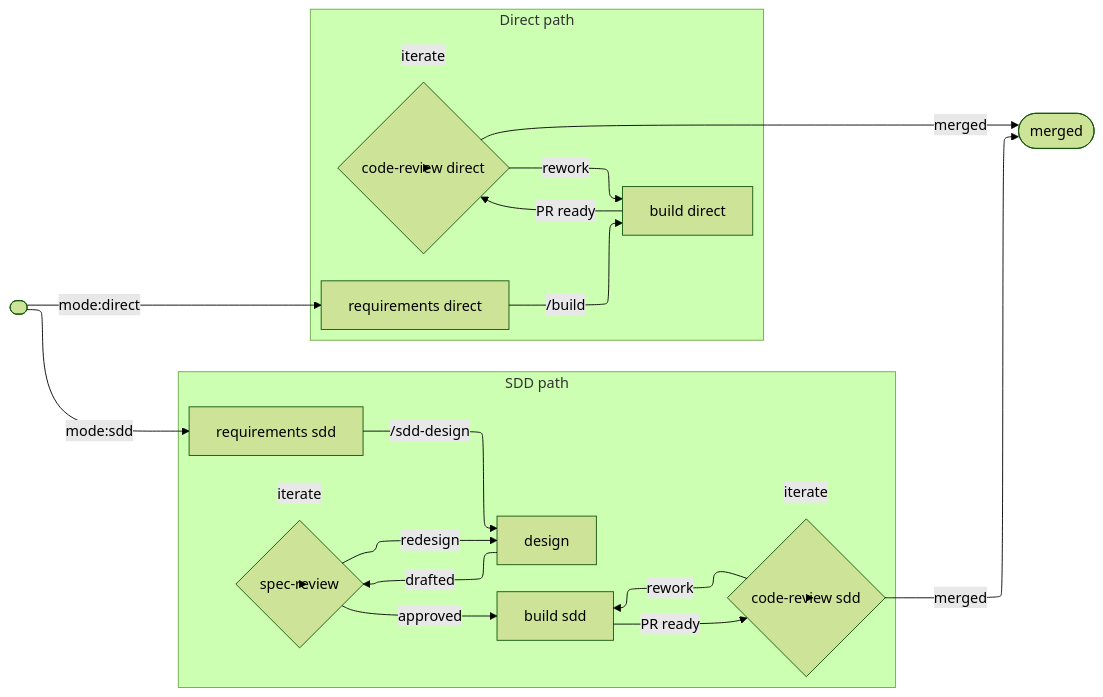
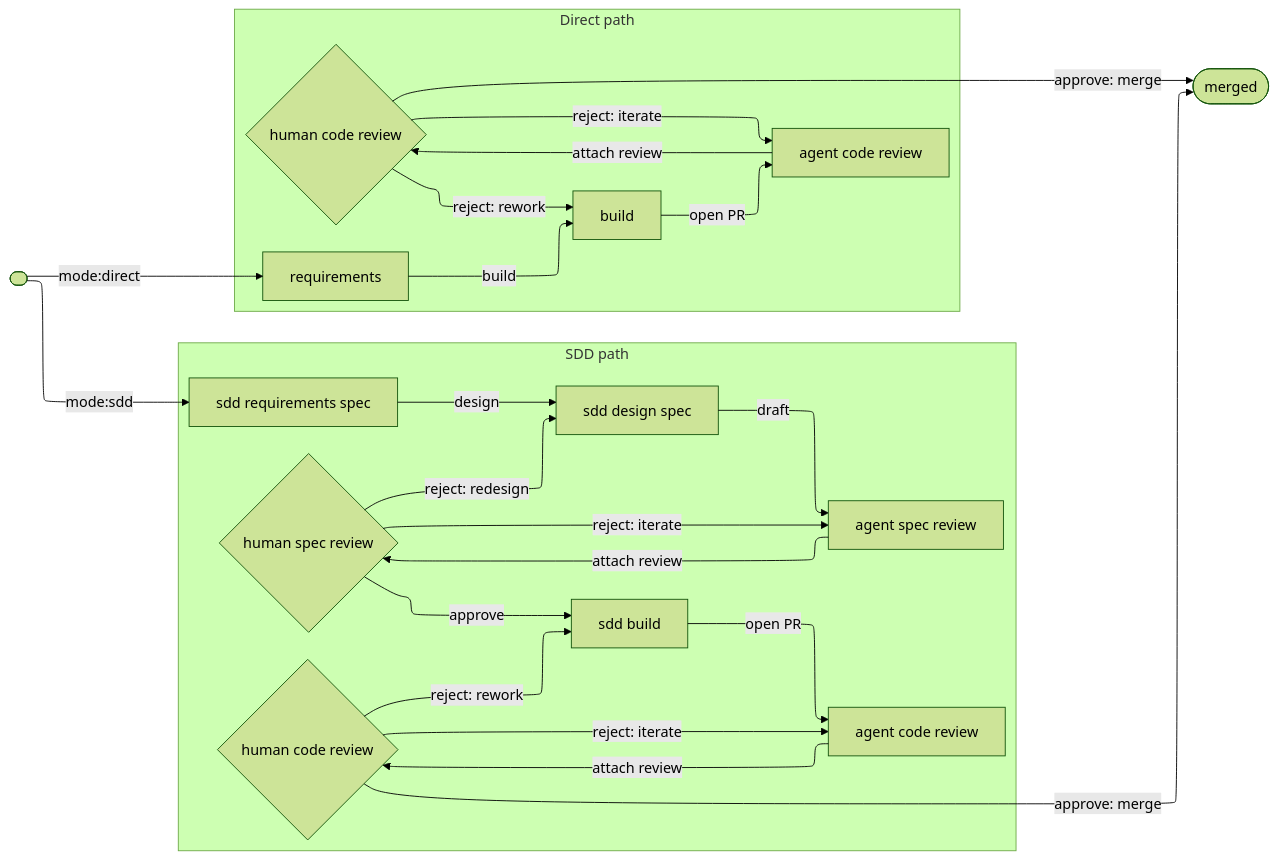
Before and after one commit to GeoffNordling/dev-playbook: the diagram in workflow/workflow.md, drawn with Mermaid (forest theme). The commit also changed other lines of this file, not shown here.

Commit message:
workflow: split review states, add engagement modes and skills placeholder
Split agent/human review nodes, rename SDD nodes for spec-producing
clarity, verb-ify edge labels, add (actor, role) node attributes, define
HITL/FOTW/AFK engagement modes, add skills placeholder table with
permissions column, and document PR lifecycle in prose.

````diff
--- a/workflow/workflow.md
+++ b/workflow/workflow.md
@@ -34,27 +43,30 @@
 ```mermaid
 %%{init: {'flowchart': {'defaultRenderer': 'elk'}}}%%
 flowchart LR
-    start([ ]) -->|mode:sdd| req_sdd[requirements sdd]
-    start -->|mode:direct| req_direct[requirements direct]
+    start([ ]) -->|mode:sdd| sdd_requirements[sdd requirements spec]
+    start -->|mode:direct| requirements[requirements]
 
     subgraph sdd[SDD path]
-        req_sdd -->|/sdd-design| design[design]
-        design -->|drafted| spec_review{spec-review}
-        spec_review -->|iterate| spec_review
-        spec_review -->|redesign| design
-        spec_review -->|approved| build_sdd[build sdd]
-        build_sdd -->|PR ready| cr_sdd{code-review sdd}
-        cr_sdd -->|iterate| cr_sdd
-        cr_sdd -->|rework| build_sdd
+        sdd_requirements -->|design| sdd_design[sdd design spec]
+        sdd_design -->|draft| sdd_agent_spec[agent spec review]
+        sdd_agent_spec -->|attach review| sdd_human_spec{human spec review}
+        sdd_human_spec -->|reject: iterate| sdd_agent_spec
+        sdd_human_spec -->|reject: redesign| sdd_design
+        sdd_human_spec -->|approve| sdd_build[sdd build]
+        sdd_build -->|open PR| sdd_agent_code[agent code review]
+        sdd_agent_code -->|attach review| sdd_human_code{human code review}
+        sdd_human_code -->|reject: iterate| sdd_agent_code
+        sdd_human_code -->|reject: rework| sdd_build
     end
 
     subgraph direct[Direct path]
-        req_direct -->|/build| build_direct[build direct]
-        build_direct -->|PR ready| cr_direct{code-review direct}
-        cr_direct -->|iterate| cr_direct
-        cr_direct -->|rework| build_direct
+        requirements -->|build| build[build]
+        build -->|open PR| agent_code[agent code review]
+        agent_code -->|attach review| human_code{human code review}
+        human_code -->|reject: iterate| agent_code
+        human_code -->|reject: rework| build
     end
 
-    cr_sdd -->|merged| done([merged])
-    cr_direct -->|merged| done
+    sdd_human_code -->|approve: merge| done([merged])
+    human_code -->|approve: merge| done
 ```
````
